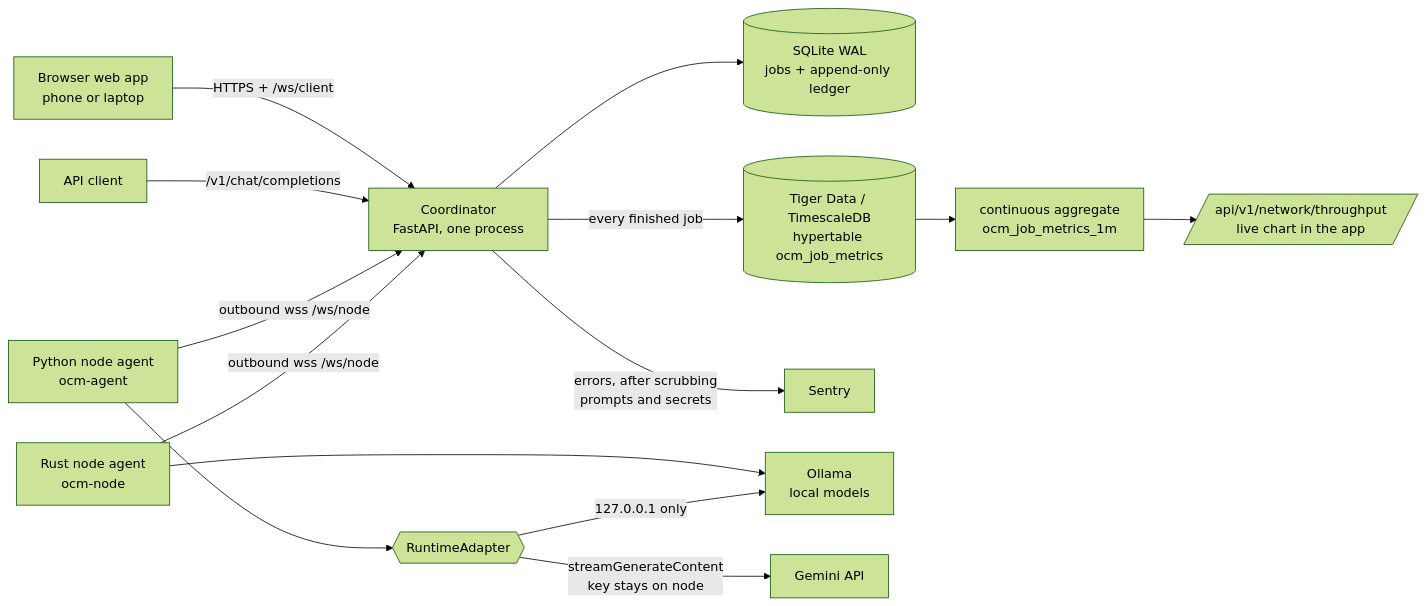
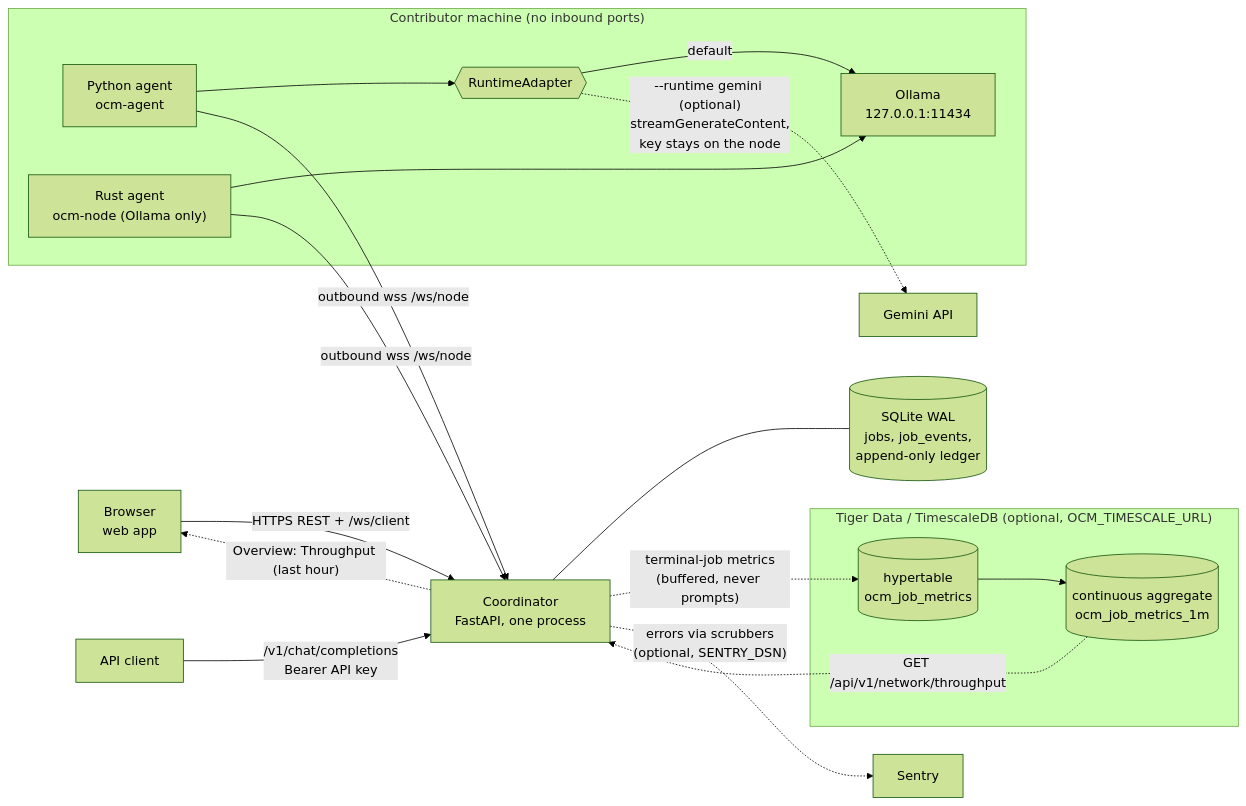
The diagram in README.md (roshaninfordham/opencomputemesh), drawn with Mermaid (forest theme) before and after one commit.

Commit message:
Label optional components in the README architecture diagram
Keep every component of the new diagram and mark Tiger Data, Sentry and the
Gemini runtime as optional with the setting that enables each; group the
agents and Ollama on the contributor machine; show the throughput chart path.

````diff
--- a/README.md
+++ b/README.md
@@ -154,15 +154,24 @@
 ```mermaid
 flowchart LR
-  B[Browser web app<br/>phone or laptop] -->|HTTPS + /ws/client| C
-  API[API client] -->|/v1/chat/completions| C
-  C[Coordinator<br/>FastAPI, one process] --> DB[(SQLite WAL<br/>jobs + append-only ledger)]
-  C -->|every finished job| TS[(Tiger Data / TimescaleDB<br/>hypertable ocm_job_metrics)]
-  TS --> CA[continuous aggregate<br/>ocm_job_metrics_1m] --> CH[/api/v1/network/throughput<br/>live chart in the app/]
-  C -->|errors, after scrubbing<br/>prompts and secrets| SE[Sentry]
-  PA[Python node agent<br/>ocm-agent] -->|outbound wss /ws/node| C
-  RA[Rust node agent<br/>ocm-node] -->|outbound wss /ws/node| C
-  PA --> AD{{RuntimeAdapter}}
-  RA --> OL
-  AD -->|127.0.0.1 only| OL[Ollama<br/>local models]
-  AD -->|streamGenerateContent<br/>key stays on node| GE[Gemini API]
+  B["Browser<br/>web app"] -- "HTTPS REST + /ws/client" --> C["Coordinator<br/>FastAPI, one process"]
+  K["API client"] -- "/v1/chat/completions<br/>Bearer API key" --> C
+  C --- D[("SQLite WAL<br/>jobs, job_events,<br/>append-only ledger")]
+
+  subgraph TIGER["Tiger Data / TimescaleDB (optional, OCM_TIMESCALE_URL)"]
+    H[("hypertable<br/>ocm_job_metrics")] --> CA[("continuous aggregate<br/>ocm_job_metrics_1m")]
+  end
+  C -. "terminal-job metrics<br/>(buffered, never prompts)" .-> H
+  CA -. "GET /api/v1/network/throughput" .-> C
+  C -. "Overview: Throughput (last hour)" .-> B
+
+  C -. "errors via scrubbers<br/>(optional, SENTRY_DSN)" .-> S["Sentry"]
+
+  subgraph NODE["Contributor machine (no inbound ports)"]
+    A1["Python agent<br/>ocm-agent"] --> RA{{"RuntimeAdapter"}}
+    A2["Rust agent<br/>ocm-node (Ollama only)"] --> O
+    RA -- "default" --> O["Ollama<br/>127.0.0.1:11434"]
+  end
+  A1 -- "outbound wss /ws/node" --> C
+  A2 -- "outbound wss /ws/node" --> C
+  RA -. "--runtime gemini (optional)<br/>streamGenerateContent,<br/>key stays on the node" .-> G["Gemini API"]
 ```
````
